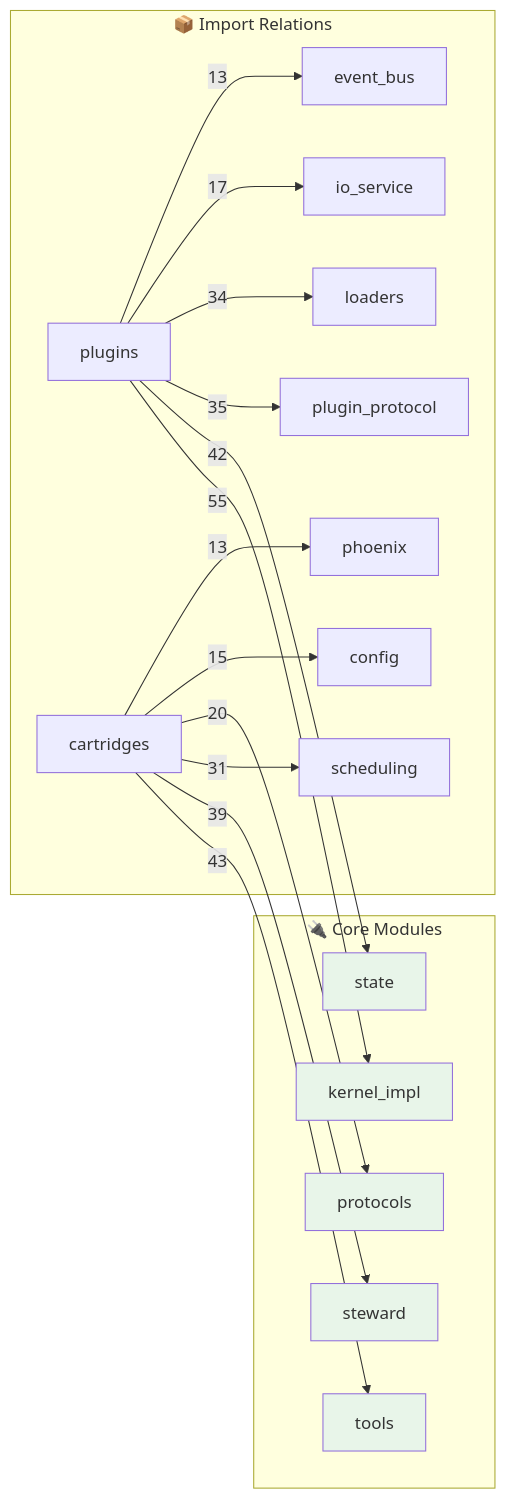
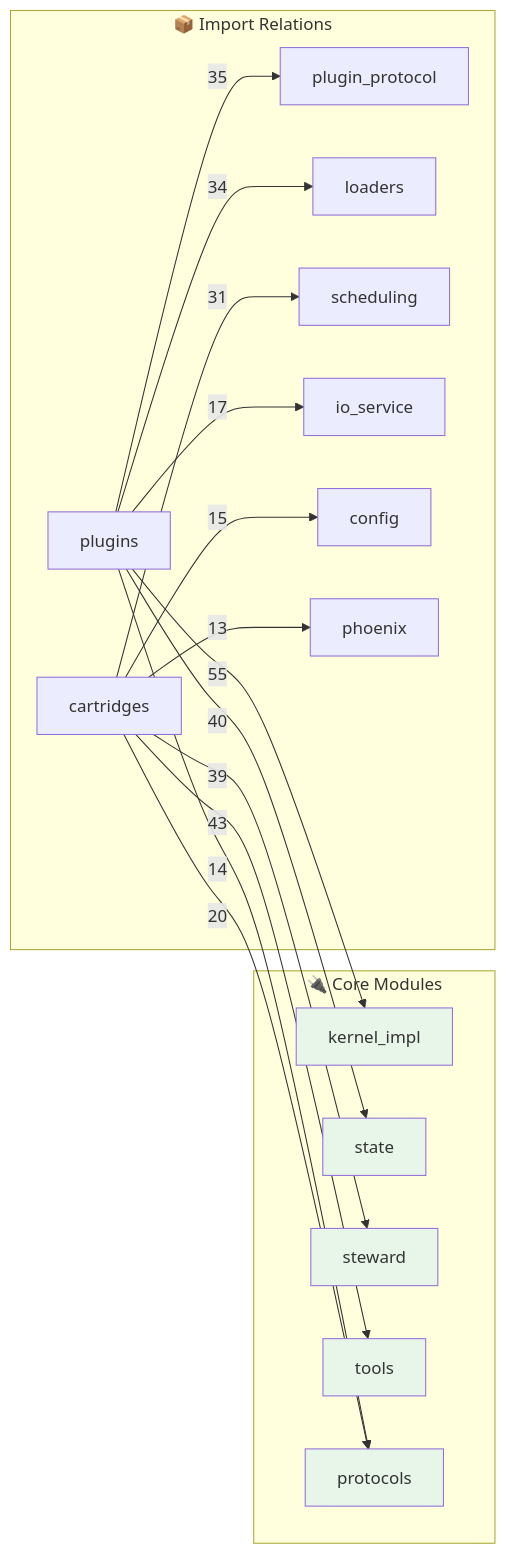
The second of 2 diagrams in OPUS.md (kimeisele/steward-protocol), drawn with Mermaid before and after one commit. The commit also changed other lines of this file and 19 other files, not shown here.

````diff
--- a/OPUS.md
+++ b/OPUS.md
@@ -691,31 +680,31 @@
 ```mermaid
 flowchart LR
     subgraph Core["🔌 Core Modules"]
         kernel_impl[kernel_impl]
+        state[state]
         steward[steward]
         tools[tools]
-        state[state]
         protocols[protocols]
     end
 
     subgraph Edges["📦 Import Relations"]
         plugins -->|55| kernel_impl
         cartridges -->|43| tools
-        plugins -->|42| state
+        plugins -->|40| state
         cartridges -->|39| steward
         plugins -->|35| plugin_protocol
         plugins -->|34| loaders
         cartridges -->|31| scheduling
         cartridges -->|20| protocols
         plugins -->|17| io_service
         cartridges -->|15| config
+        plugins -->|14| protocols
         cartridges -->|13| phoenix
-        plugins -->|13| event_bus
     end
 
     style kernel_impl fill:#e8f5e9
+    style state fill:#e8f5e9
     style steward fill:#e8f5e9
     style tools fill:#e8f5e9
-    style state fill:#e8f5e9
     style protocols fill:#e8f5e9
 ```
````
